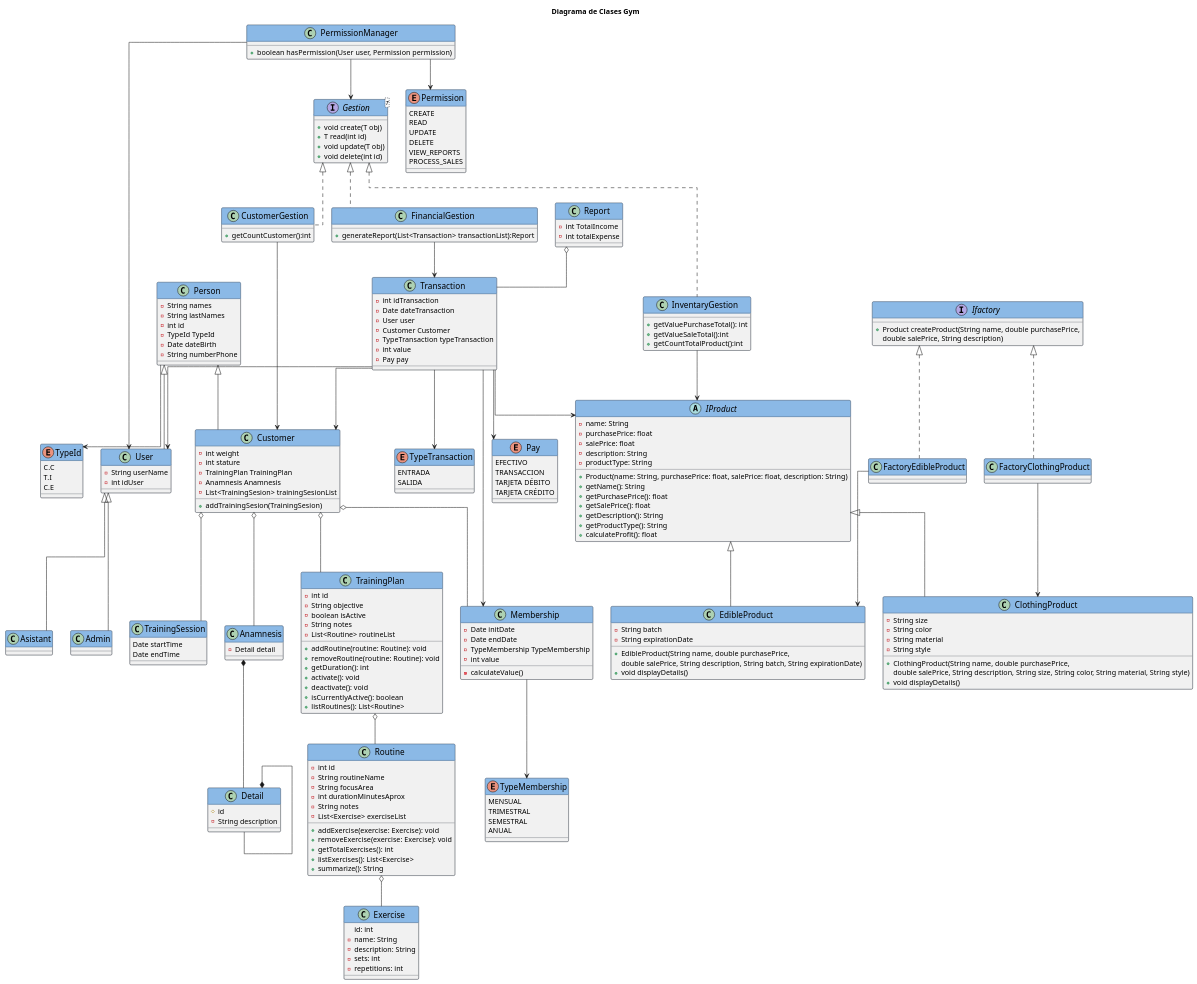
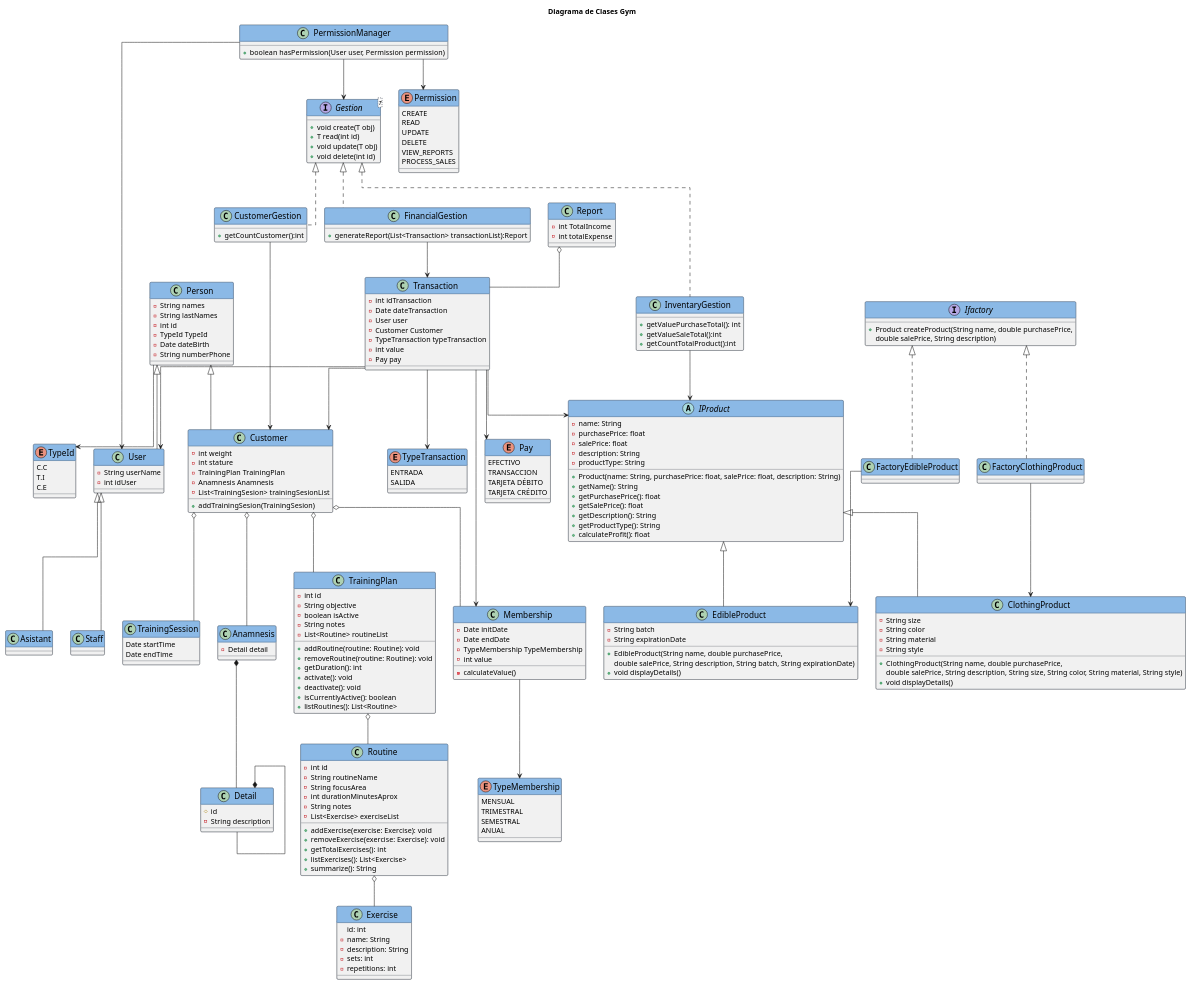
One commit to brayanfu038/GymRepository changed the diagram in modelos/clases.puml. Above: the diagram before and after it, drawn with PlantUML. The commit also changed 1 other file, not shown here.

```diff
--- a/modelos/clases.puml
+++ b/modelos/clases.puml
@@ -105,7 +105,7 @@
     Date endTime
 
 }
-class Admin{
+class Staff{
 
 }
 class Asistant{
@@ -201,7 +201,7 @@
 Person <|-- User
 Person <|-- Customer
 User <|-- Asistant
-User <|-- Admin
+User <|-- Staff
 Ifactory <|.. FactoryClothingProduct
 Ifactory <|.. FactoryEdibleProduct
 IProduct <|-- EdibleProduct
```
